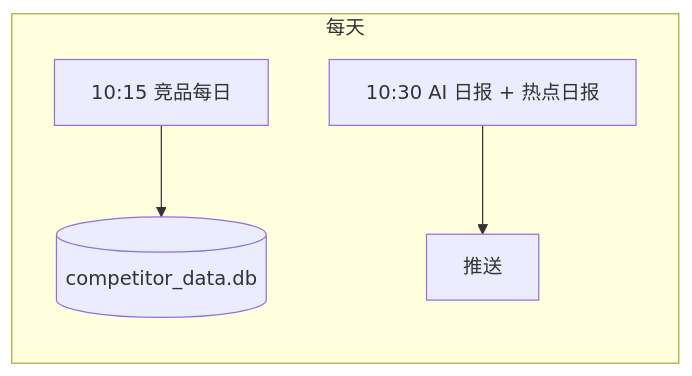
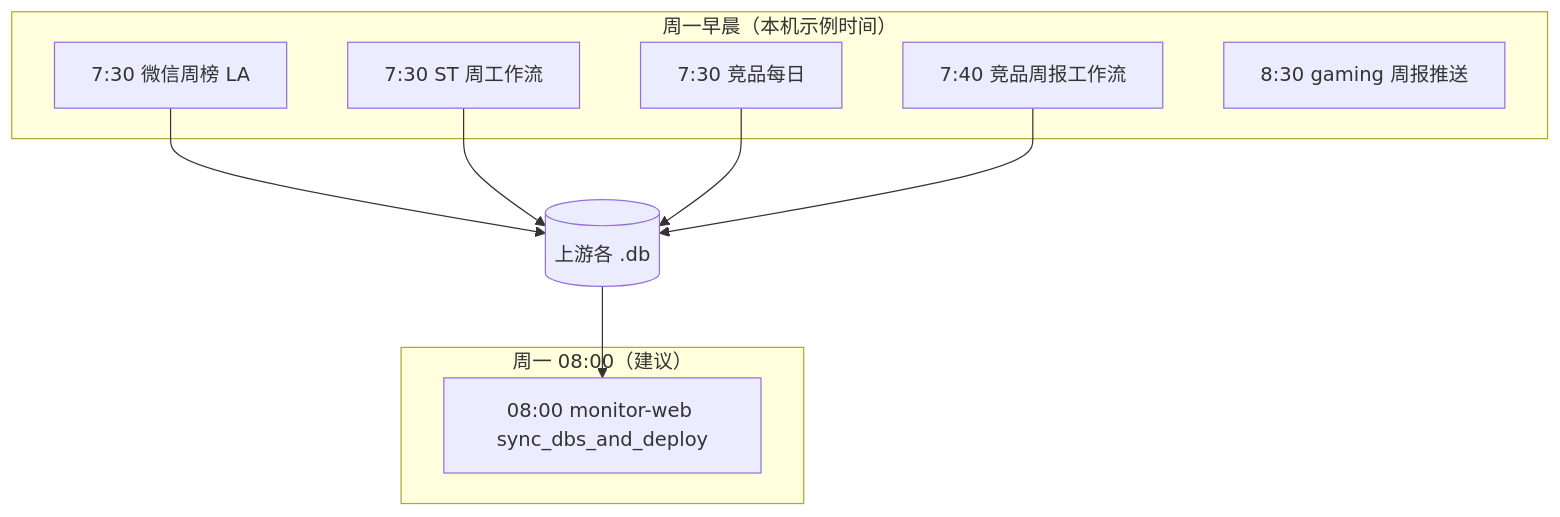
Before and after one commit to Olivr-HZK/monitor-web: the diagram in docs/定时任务说明.md, drawn with Mermaid. The commit also changed other lines of this file and 40 other files, not shown here.

````diff
--- a/docs/定时任务说明.md
+++ b/docs/定时任务说明.md
@@ -92,7 +89,20 @@
 ```mermaid
-flowchart LR
-  subgraph 每日["每天"]
-    N[10:15 竞品每日] --> N_out[(competitor_data.db)]
-    O[10:30 AI 日报 + 热点日报] --> O_out[推送]
+flowchart TB
+  subgraph 周一早晨["周一早晨（本机示例时间）"]
+    W730[7:30 微信周榜 LA]
+    ST730[7:30 ST 周工作流]
+    C730[7:30 竞品每日]
+    C740[7:40 竞品周报工作流]
+    G830[8:30 gaming 周报推送]
   end
+
+  subgraph 周一上午8["周一 08:00（建议）"]
+    MW800[08:00 monitor-web sync_dbs_and_deploy]
+  end
+
+  W730 --> DB[(上游各 .db)]
+  ST730 --> DB
+  C730 --> DB
+  C740 --> DB
+  DB --> MW800
 ```
````
